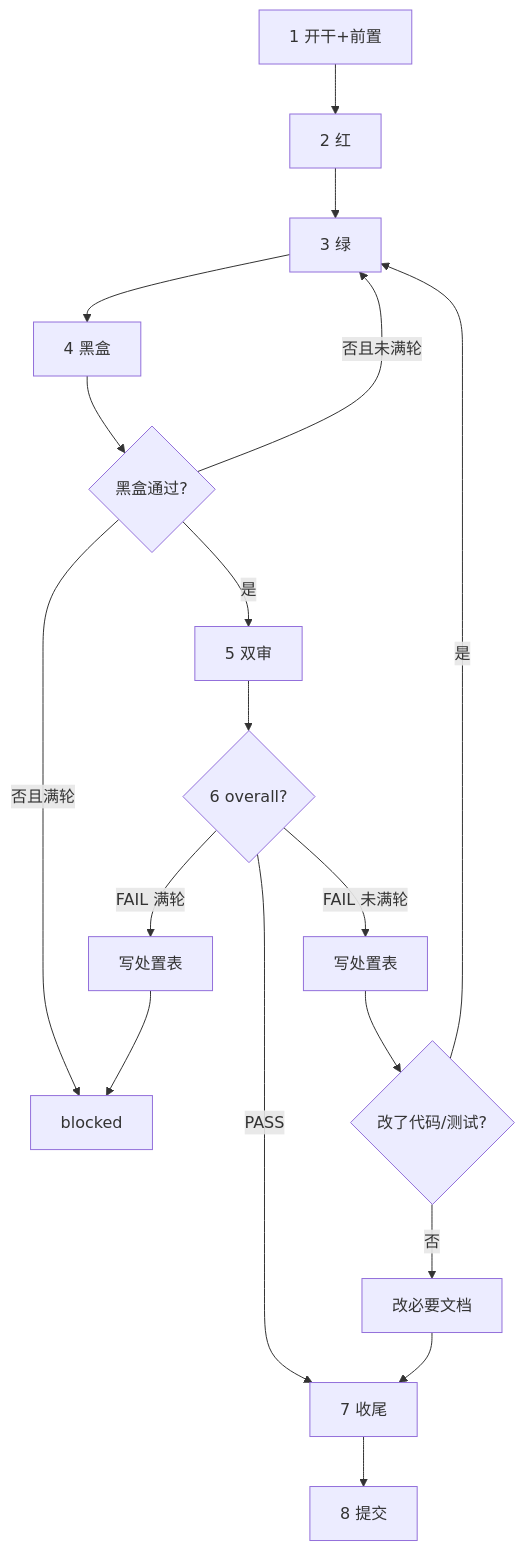
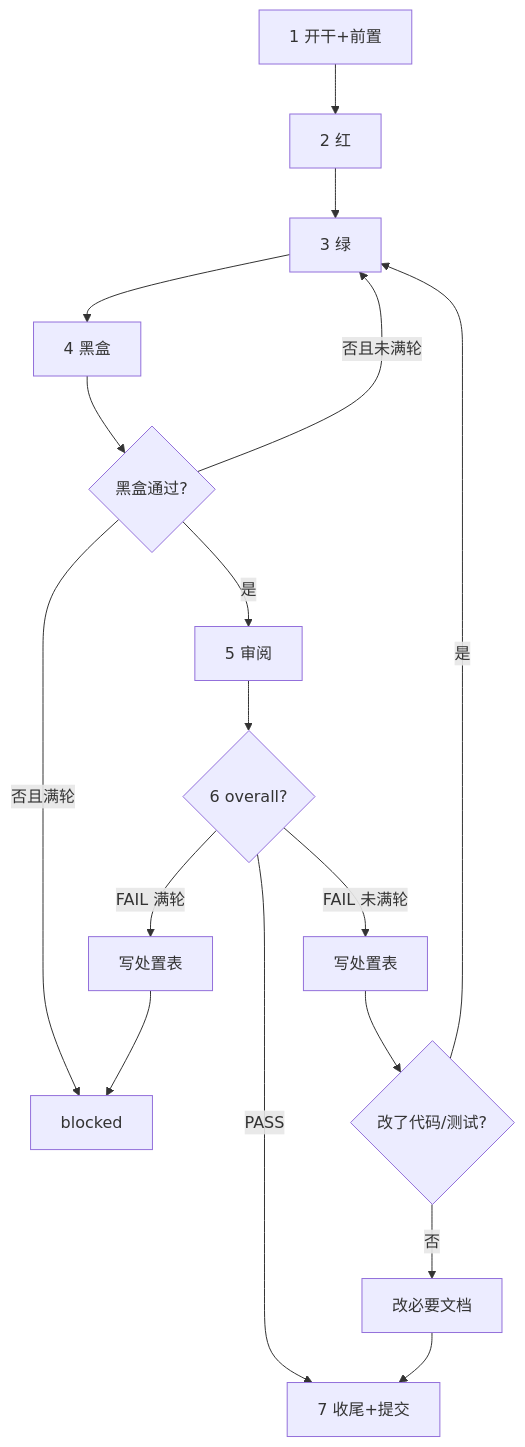
The diagram in .agents/skills/tasks-run/SKILL.md (TuTouPower/repo_template), drawn with Mermaid before and after one commit. The commit also changed other lines of this file and 30 other files, not shown here.

````diff
--- a/.agents/skills/tasks-run/SKILL.md
+++ b/.agents/skills/tasks-run/SKILL.md
@@ -39,18 +39,17 @@
 ```mermaid
 flowchart TD
     S1["1 开干+前置"] --> S2["2 红"]
     S2 --> S3["3 绿"]
     S3 --> S4["4 黑盒"]
     S4 --> B1{"黑盒通过?"}
     B1 -->|否且未满轮| S3
     B1 -->|否且满轮| BLK["blocked"]
-    B1 -->|是| S5["5 双审"]
+    B1 -->|是| S5["5 审阅"]
     S5 --> D{"6 overall?"}
-    D -->|PASS| S7["7 收尾"]
+    D -->|PASS| S7["7 收尾+提交"]
     D -->|FAIL 未满轮| W["写处置表"]
     W --> C{"改了代码/测试?"}
     C -->|是| S3
     C -->|否| DOC["改必要文档"] --> S7
     D -->|FAIL 满轮| W2["写处置表"] --> BLK
-    S7 --> S8["8 提交"]
 ```
````
